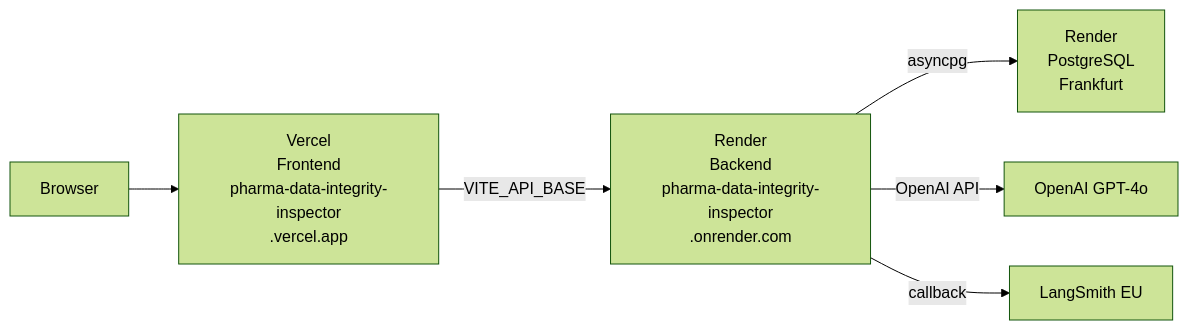
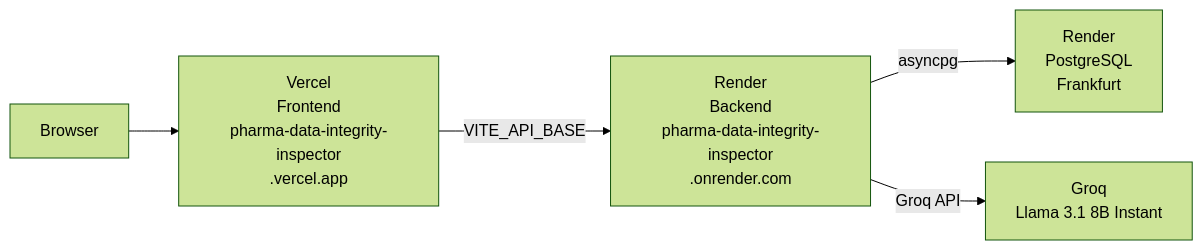
One commit to sajanyerra/pharma-data-integrity-inspector changed diagram 11 of 11 in ARCHITECTURE.md. Above: the diagram before and after it, drawn with Mermaid (forest theme). The commit also changed other lines of this file and 2 other files, not shown here.

First line of the commit message:
Docs: update all 3 docs to reflect merged profiler, 3-agent pipeline, async LLM, random anomalies, Groq LLM

````diff
--- a/ARCHITECTURE.md
+++ b/ARCHITECTURE.md
@@ -402,8 +422,7 @@
 ```mermaid
 graph LR
     User["Browser"] --> Vercel["Vercel<br/>Frontend<br/>pharma-data-integrity-inspector<br/>.vercel.app"]
     Vercel -->|"VITE_API_BASE"| Render["Render<br/>Backend<br/>pharma-data-integrity-inspector<br/>.onrender.com"]
     Render -->|"asyncpg"| RenderDB["Render<br/>PostgreSQL<br/>Frankfurt"]
-    Render -->|"OpenAI API"| GPT["OpenAI GPT-4o"]
-    Render -->|"callback"| LangSmith["LangSmith EU"]
+    Render -->|"Groq API"| Groq["Groq<br/>Llama 3.1 8B Instant"]
 ```
````
